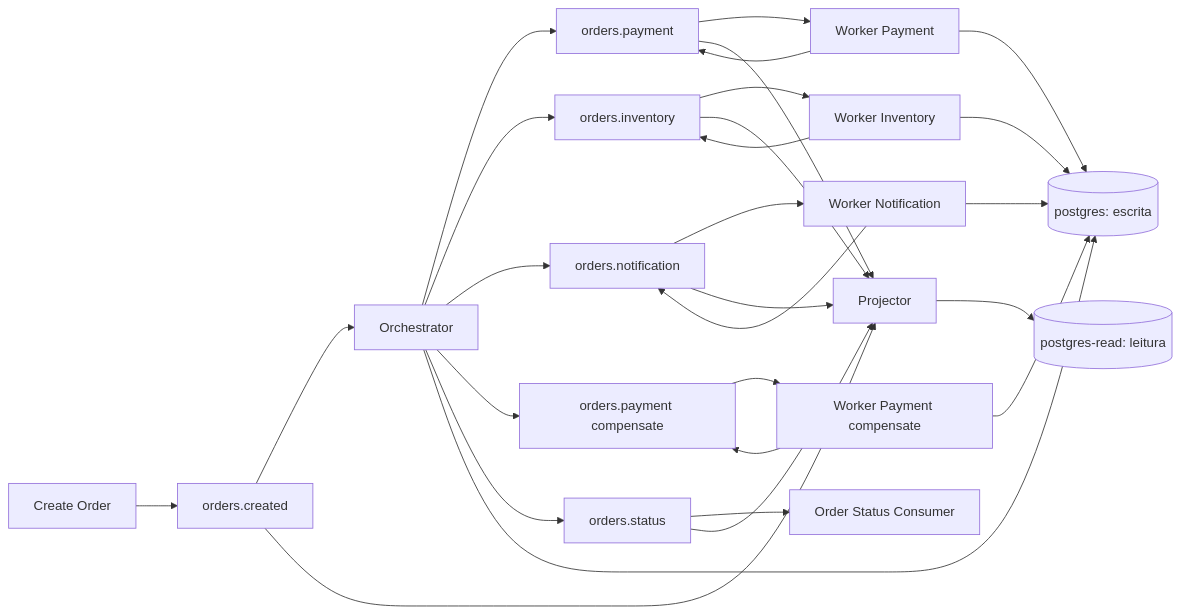
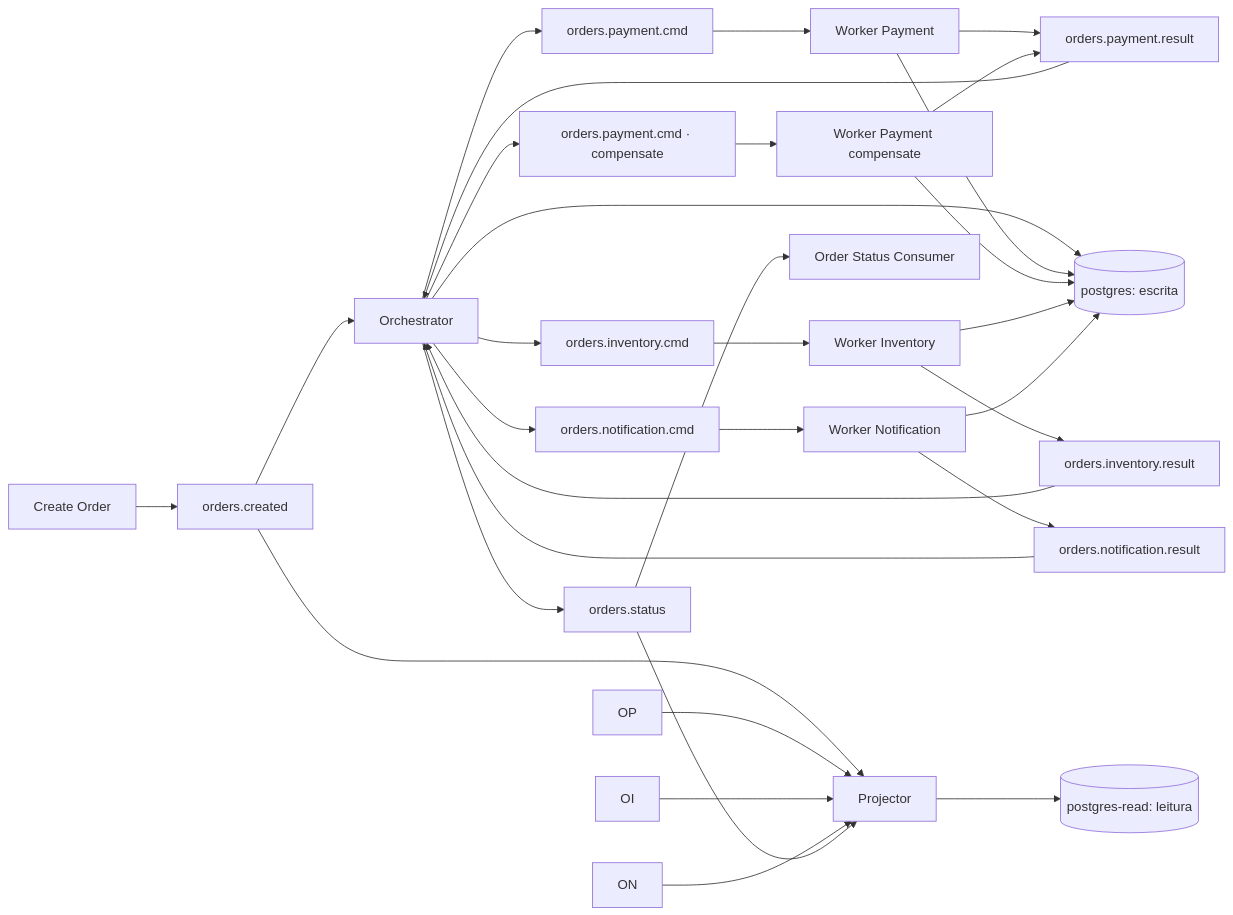
One commit to alppinheiro/workers-kafka changed the first of 4 diagrams in README.md. Above: the diagram before and after it, drawn with Mermaid. The commit also changed other lines of this file and 12 other files, not shown here.

````diff
--- a/README.md
+++ b/README.md
@@ -192,32 +192,35 @@
 ```mermaid
 flowchart LR
   CO[Create Order] --> OC[orders.created]
   OC --> ORQ[Orchestrator]
-  ORQ --> OP[orders.payment]
-  OP --> PAY[Worker Payment]
-  PAY --> OP
-  ORQ --> OI[orders.inventory]
-  OI --> INV[Worker Inventory]
-  INV --> OI
-  ORQ --> ON[orders.notification]
-  ON --> NOTI[Worker Notification]
-  NOTI --> ON
-  ORQ --> OP_COMP[orders.payment compensate]
+  ORQ --> OP_CMD[orders.payment.cmd]
+  OP_CMD --> PAY[Worker Payment]
+  PAY --> OP_RES[orders.payment.result]
+  OP_RES --> ORQ
+  ORQ --> OI_CMD[orders.inventory.cmd]
+  OI_CMD --> INV[Worker Inventory]
+  INV --> OI_RES[orders.inventory.result]
+  OI_RES --> ORQ
+  ORQ --> ON_CMD[orders.notification.cmd]
+  ON_CMD --> NOTI[Worker Notification]
+  NOTI --> ON_RES[orders.notification.result]
+  ON_RES --> ORQ
+  ORQ --> OP_COMP[orders.payment.cmd · compensate]
   OP_COMP --> PAY_COMP[Worker Payment compensate]
-  PAY_COMP --> OP_COMP
+  PAY_COMP --> OP_RES
   ORQ --> OS[orders.status]
   OS --> AUD[Order Status Consumer]
 
   ORQ --> PGE[(postgres: escrita)]
   PAY --> PGE
   PAY_COMP --> PGE
   INV --> PGE
   NOTI --> PGE
 
   OC --> PROJ[Projector]
   OP --> PROJ
   OI --> PROJ
   ON --> PROJ
   OS --> PROJ
   PROJ --> PGR[(postgres-read: leitura)]
 ```
````
